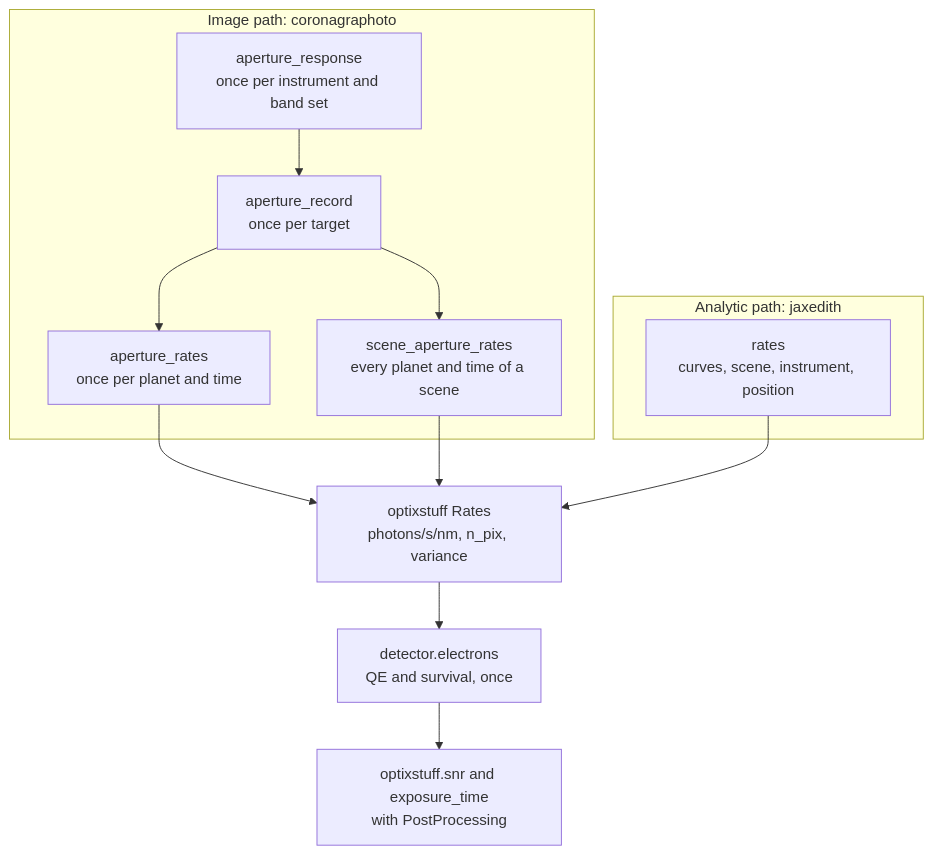
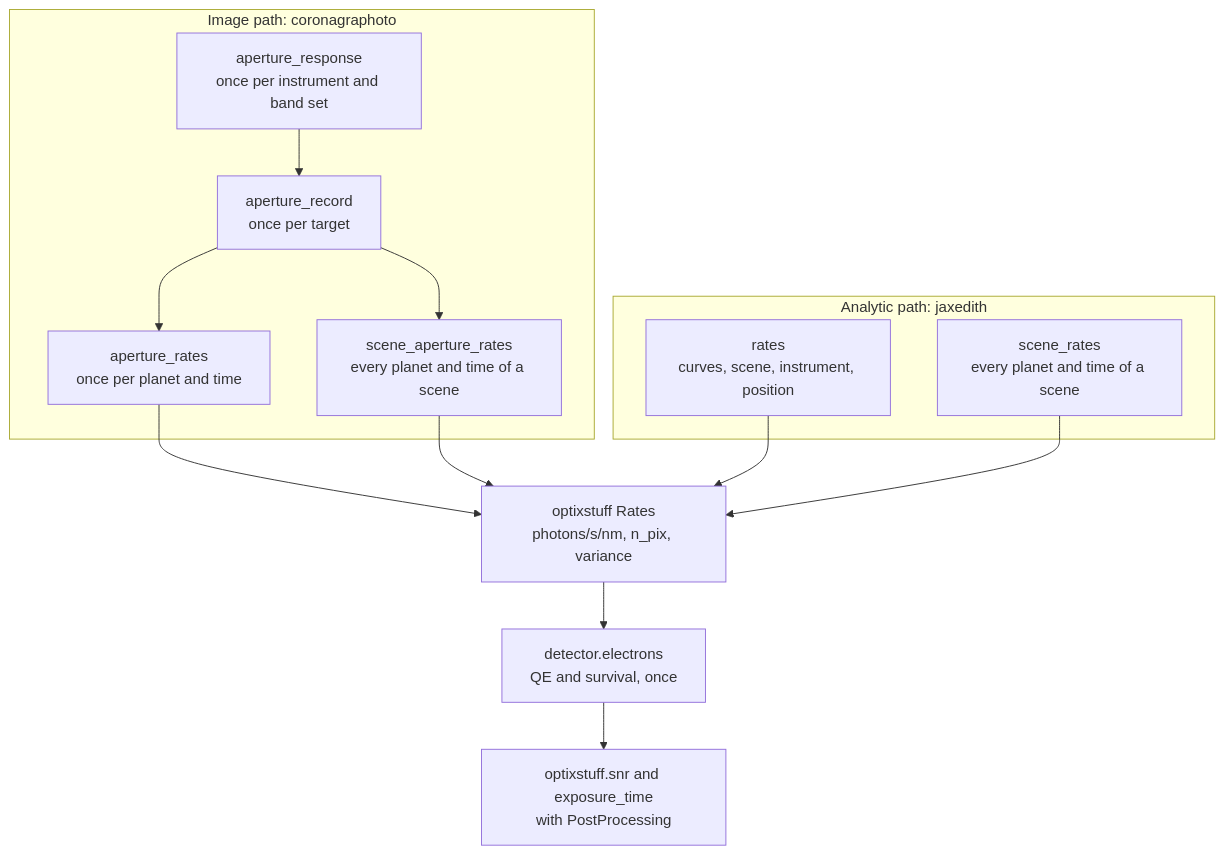
The diagram in docs/explanation/exposure_time.md (CoreySpohn/optixstuff), drawn with Mermaid before and after one commit. The commit also changed other lines of this file and 2 other files, not shown here.

````diff
--- a/docs/explanation/exposure_time.md
+++ b/docs/explanation/exposure_time.md
@@ -12,19 +11,21 @@
 ```mermaid
 flowchart TB
     subgraph image["Image path: coronagraphoto"]
         resp["aperture_response<br/>once per instrument and band set"]
         rec["aperture_record<br/>once per target"]
         read["aperture_rates<br/>once per planet and time"]
         scene["scene_aperture_rates<br/>every planet and time of a scene"]
         resp --> rec --> read
         rec --> scene
     end
     subgraph analytic["Analytic path: jaxedith"]
         rates["rates<br/>curves, scene, instrument, position"]
+        sceneRates["scene_rates<br/>every planet and time of a scene"]
     end
     read --> R["optixstuff Rates<br/>photons/s/nm, n_pix, variance"]
     scene --> R
     rates --> R
+    sceneRates --> R
     R --> det["detector.electrons<br/>QE and survival, once"]
     det --> calc["optixstuff.snr and exposure_time<br/>with PostProcessing"]
 ```
````
